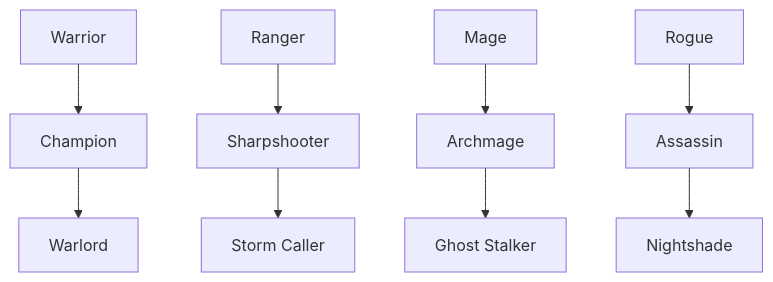
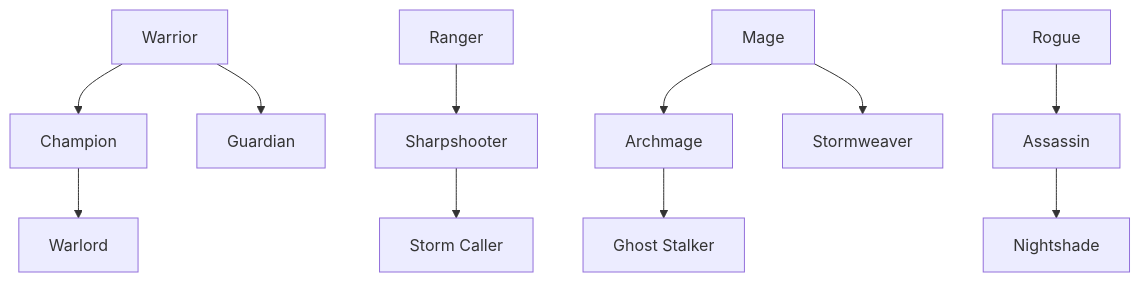
Before and after one commit to ttnhan18062000/rpg-based-simulation: the diagram in docs/core/attributes_and_classes.md, drawn with Mermaid. The commit also changed other lines of this file and 21 other files, not shown here.

````diff
--- a/docs/core/attributes_and_classes.md
+++ b/docs/core/attributes_and_classes.md
@@ -215,11 +226,13 @@
 ```mermaid
 graph TD
     A[Warrior] --> B[Champion]
+    A --> B2[Guardian]
     B --> C[Warlord]
     D[Ranger] --> E[Sharpshooter]
     E --> F[Storm Caller]
     G[Mage] --> H[Archmage]
+    G --> H2[Stormweaver]
     H --> I[Ghost Stalker]
     J[Rogue] --> K[Assassin]
     K --> L[Nightshade]
 ```
````
